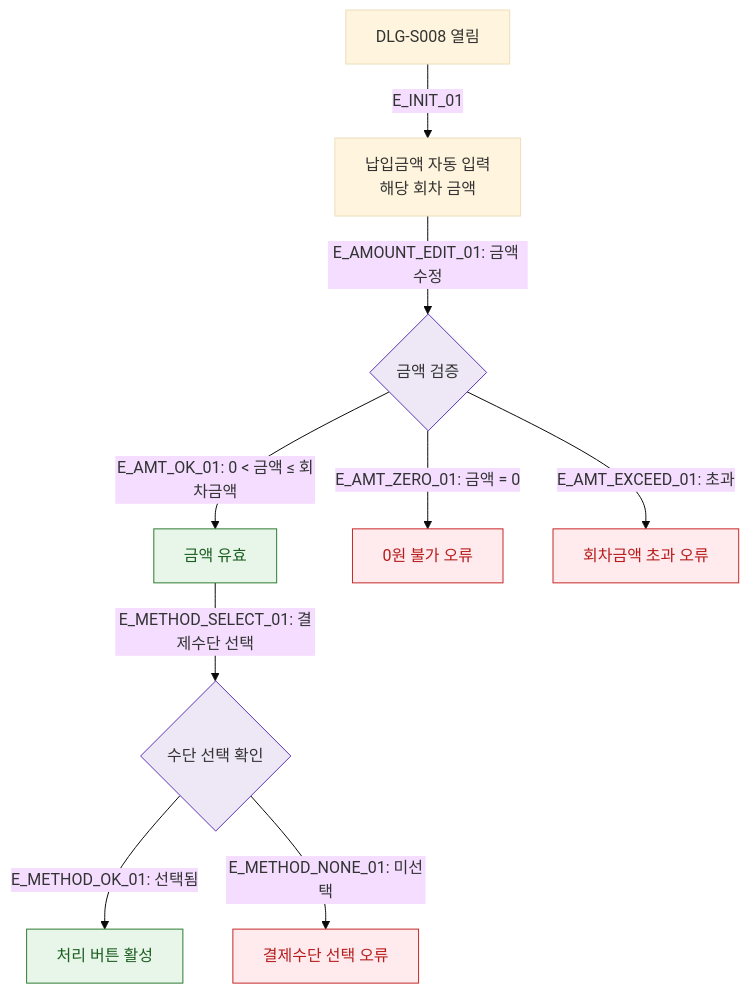
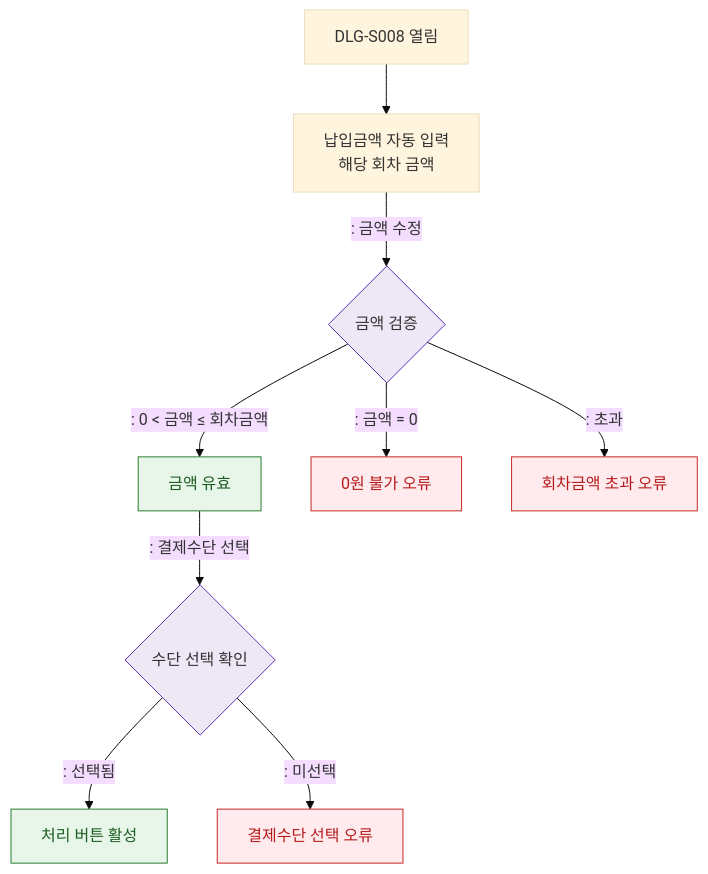
One commit to dev-spogym/admin-pando changed the diagram in docs/다이어그램/D03_매출관리/DLG-S008_납입처리/M2_필드검증.md. Above: the diagram before and after it, drawn with Mermaid (base theme). The commit also changed other lines of this file and 1660 other files, not shown here.

First line of the commit message:
다이어그램: 기획자/클라이언트 납품본으로 정리

````diff
--- a/docs/다이어그램/D03_매출관리/DLG-S008_납입처리/M2_필드검증.md
+++ b/docs/다이어그램/D03_매출관리/DLG-S008_납입처리/M2_필드검증.md
@@ -20,21 +18,21 @@
 ```mermaid
 flowchart TD
-    OPEN[DLG-S008 열림] -->|E_INIT_01| PREFILL[납입금액 자동 입력\n해당 회차 금액]
+    OPEN[DLG-S008 열림] --> PREFILL[납입금액 자동 입력\n해당 회차 금액]
 
-    PREFILL -->|"E_AMOUNT_EDIT_01: 금액 수정"| AMOUNT_CHECK{금액 검증}
-    AMOUNT_CHECK -->|"E_AMT_OK_01: 0 < 금액 ≤ 회차금액"| AMT_VALID[금액 유효]
-    AMOUNT_CHECK -->|"E_AMT_ZERO_01: 금액 = 0"| AMT_ERR[0원 불가 오류]
-    AMOUNT_CHECK -->|"E_AMT_EXCEED_01: 초과"| EXCEED_ERR[회차금액 초과 오류]
+    PREFILL -->|": 금액 수정"|AMOUNT_CHECK{금액 검증}
+    AMOUNT_CHECK -->|": 0 < 금액 ≤ 회차금액"|AMT_VALID[금액 유효]
+    AMOUNT_CHECK -->|": 금액 = 0"|AMT_ERR[0원 불가 오류]
+    AMOUNT_CHECK -->|": 초과"|EXCEED_ERR[회차금액 초과 오류]
 
-    AMT_VALID -->|"E_METHOD_SELECT_01: 결제수단 선택"| METHOD_CHECK{수단 선택 확인}
-    METHOD_CHECK -->|"E_METHOD_OK_01: 선택됨"| READY[처리 버튼 활성]
-    METHOD_CHECK -->|"E_METHOD_NONE_01: 미선택"| METHOD_ERR[결제수단 선택 오류]
+    AMT_VALID -->|": 결제수단 선택"|METHOD_CHECK{수단 선택 확인}
+    METHOD_CHECK -->|": 선택됨"|READY[처리 버튼 활성]
+    METHOD_CHECK -->|": 미선택"|METHOD_ERR[결제수단 선택 오류]
 
     classDef system fill:#EDE7F6,stroke:#5E35B2
     classDef success fill:#E8F5E9,stroke:#2E7D32,color:#1B5E20
     classDef error fill:#FFEBEE,stroke:#C62828,color:#B71C1C
 
     class AMOUNT_CHECK,METHOD_CHECK system
     class AMT_VALID,READY success
     class AMT_ERR,EXCEED_ERR,METHOD_ERR error
 ```
````
